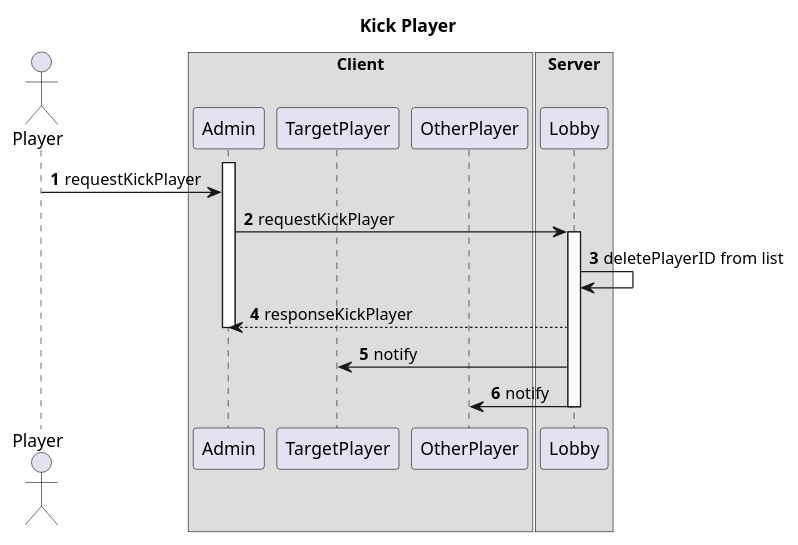
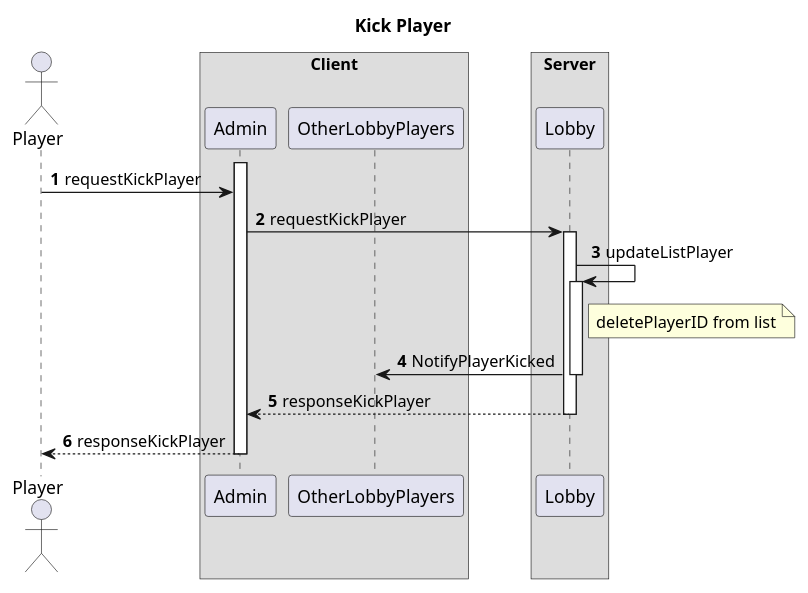
One commit to BaThong0/SpiritWarrior changed the diagram in docs/SequenceDiagram/Lobby/KickPlayer.plantuml. Above: the diagram before and after it, drawn with PlantUML. The commit also changed 5 other files, not shown here.

Commit message:
Updated sequence diagrams for Lobby

```diff
--- a/docs/SequenceDiagram/Lobby/KickPlayer.plantuml
+++ b/docs/SequenceDiagram/Lobby/KickPlayer.plantuml
@@ -1,33 +1,33 @@
 @startuml
 title Kick Player
 autonumber
 actor Player
 
 box "Client"
 participant Admin
-participant TargetPlayer
-participant OtherPlayer
+participant OtherLobbyPlayers
 end box
 
 box "Server"
 participant Lobby
 endbox
 
 activate Admin
 
 Player -> Admin: requestKickPlayer
 
 Admin -> Lobby: requestKickPlayer
 activate Lobby
-Lobby -> Lobby: deletePlayerID from list
+Lobby -> Lobby: updateListPlayer
+note right Lobby
+deletePlayerID from list
+end note 
+activate Lobby 
+Lobby -> OtherLobbyPlayers: NotifyPlayerKicked 
+deactivate Lobby
 Lobby --> Admin: responseKickPlayer
-deactivate Admin 
-Lobby -> TargetPlayer: notify
-
-Lobby -> OtherPlayer: notify
-
-deactivate Lobby 
-
-
+deactivate Lobby  
+Admin --> Player: responseKickPlayer
+deactivate Admin
 
 @enduml
```
